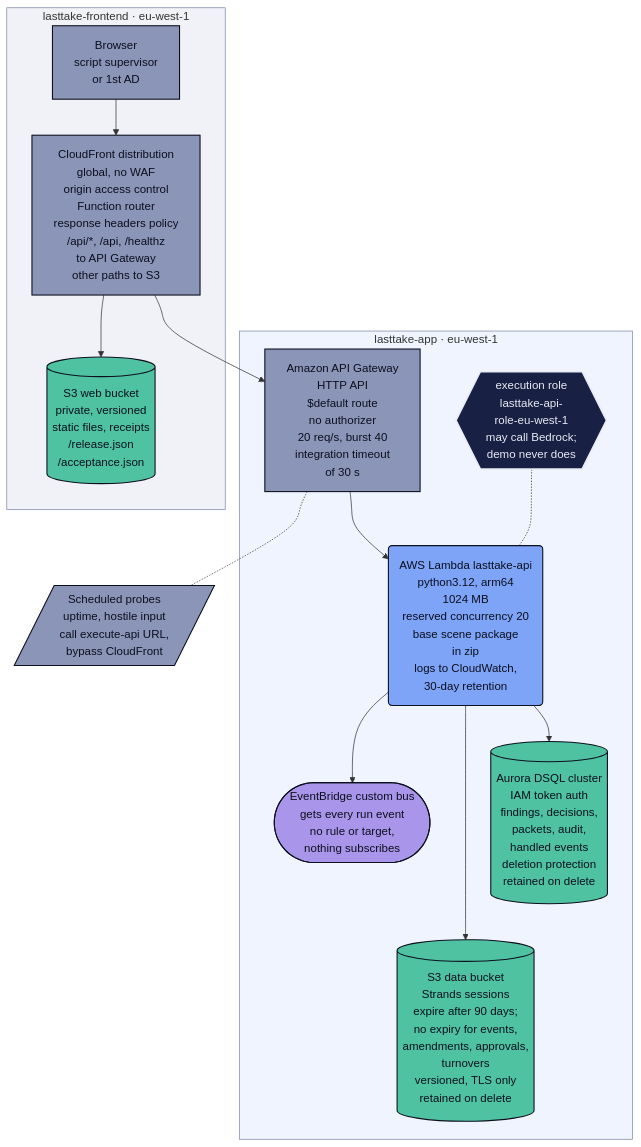
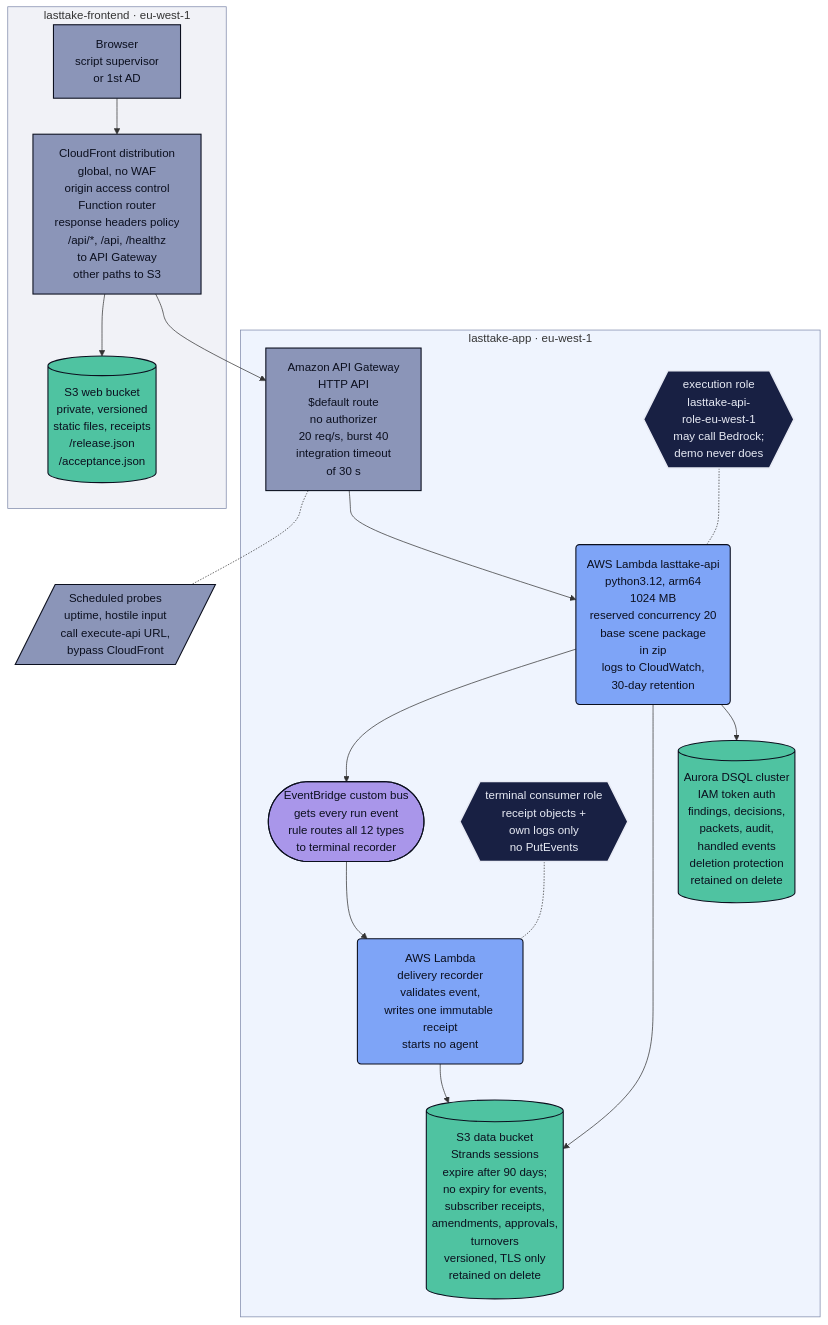
Before and after one commit to upgradedev/lasttake-aws: the first of 2 diagrams in docs/infrastructure.md, drawn with Mermaid. The commit also changed other lines of this file and 6 other files, not shown here.

Commit message:
docs(events): distinguish subscriber proof from orchestration

````diff
--- a/docs/infrastructure.md
+++ b/docs/infrastructure.md
@@ -14,46 +14,51 @@
 ```mermaid
 flowchart TB
     subgraph BE["lasttake-app · eu-west-1"]
         api["Amazon API Gateway<br/>HTTP API<br/>$default route<br/>no authorizer<br/>20 req/s, burst 40<br/>integration timeout<br/>of 30 s"]
         role{{"execution role<br/>lasttake-api-<br/>role-eu-west-1<br/>may call Bedrock;<br/>demo never does"}}
         fn("AWS Lambda lasttake-api<br/>python3.12, arm64<br/>1024 MB<br/>reserved concurrency 20<br/>base scene package<br/>in zip<br/>logs to CloudWatch,<br/>30-day retention")
-        bus(["EventBridge custom bus<br/>gets every run event<br/>no rule or target,<br/>nothing subscribes"])
-        data[("S3 data bucket<br/>Strands sessions<br/>expire after 90 days;<br/>no expiry for events,<br/>amendments, approvals,<br/>turnovers<br/>versioned, TLS only<br/>retained on delete")]
+        bus(["EventBridge custom bus<br/>gets every run event<br/>rule routes all 12 types<br/>to terminal recorder"])
+        consumerRole{{"terminal consumer role<br/>receipt objects +<br/>own logs only<br/>no PutEvents"}}
+        consumer("AWS Lambda<br/>delivery recorder<br/>validates event,<br/>writes one immutable receipt<br/>starts no agent")
+        data[("S3 data bucket<br/>Strands sessions<br/>expire after 90 days;<br/>no expiry for events,<br/>subscriber receipts,<br/>amendments, approvals,<br/>turnovers<br/>versioned, TLS only<br/>retained on delete")]
         dsql[("Aurora DSQL cluster<br/>IAM token auth<br/>findings, decisions,<br/>packets, audit,<br/>handled events<br/>deletion protection<br/>retained on delete")]
     end
     subgraph FE["lasttake-frontend · eu-west-1"]
         browser["Browser<br/>script supervisor<br/>or 1st AD"]
         cf["CloudFront distribution<br/>global, no WAF<br/>origin access control<br/>Function router<br/>response headers policy<br/>/api/*, /api, /healthz<br/>to API Gateway<br/>other paths to S3"]
         web[("S3 web bucket<br/>private, versioned<br/>static files, receipts<br/>/release.json<br/>/acceptance.json")]
     end
     probes[/"Scheduled probes<br/>uptime, hostile input<br/>call execute-api URL,<br/>bypass CloudFront"/]
     browser --> cf
     cf --> web
     cf --> api
     api -.- probes
     api --> fn
     role -.- fn
     fn --> bus
+    bus --> consumer
+    consumerRole -.- consumer
+    consumer --> data
     fn ---> data
     fn --> dsql
 
     %% LastTake palette: role colour fill, navy ink pinned, so node text reads the same in GitHub light and dark
     classDef surface fill:#8b95b8,stroke:#0b0f1e,stroke-width:1.5px,color:#0b0f1e
     classDef agent fill:#7ea4f7,stroke:#0b0f1e,stroke-width:1.5px,color:#0b0f1e
     classDef store fill:#4fc3a1,stroke:#0b0f1e,stroke-width:1.5px,color:#0b0f1e
     classDef event fill:#a996ea,stroke:#0b0f1e,stroke-width:1.5px,color:#0b0f1e
     classDef rule fill:#182043,stroke:#e8ebf5,stroke-width:2px,color:#e8ebf5
     classDef optional fill:#182043,stroke:#7ea4f7,stroke-width:1.5px,stroke-dasharray:5 4,color:#aab2c8
     %% human is reserved for a human decision node; none appears in this block
     classDef human fill:#f0c275,stroke:#0b0f1e,stroke-width:2px,color:#0b0f1e
     classDef laneFront fill:#8b95b81f,stroke:#7d88aa,stroke-width:1px
     classDef laneBack fill:#7ea4f71f,stroke:#7d88aa,stroke-width:1px
     classDef laneCi fill:#7d88aa1a,stroke:#7d88aa,stroke-width:1px,stroke-dasharray:6 4
     class browser,cf,api,probes surface
-    class fn agent
+    class fn,consumer agent
     class web,data,dsql store
     class bus event
-    class role rule
+    class role,consumerRole rule
     class FE laneFront
     class BE laneBack
 ```
````
